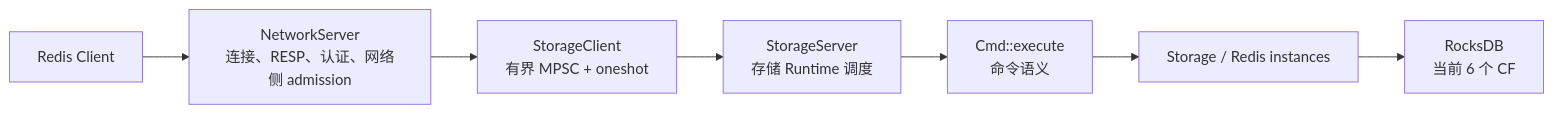
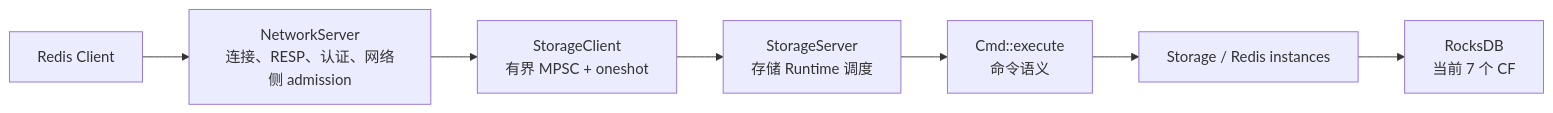
The first of 4 diagrams in .planning/SDD.md (arana-db/kiwi), drawn with Mermaid before and after one commit. The commit also changed other lines of this file and 105 other files, not shown here.

```diff
--- a/.planning/SDD.md
+++ b/.planning/SDD.md
@@ -291,17 +295,17 @@
 ~~~mermaid
 flowchart LR
     Client["Redis Client"]
     Net["NetworkServer<br/>连接、RESP、认证、网络侧 admission"]
     Channel["StorageClient<br/>有界 MPSC + oneshot"]
     StorageServer["StorageServer<br/>存储 Runtime 调度"]
     Cmd["Cmd::execute<br/>命令语义"]
     Storage["Storage / Redis instances"]
-    RocksDB["RocksDB<br/>当前 6 个 CF"]
+    RocksDB["RocksDB<br/>当前 7 个 CF"]
 
     Client --> Net
     Net --> Channel
     Channel --> StorageServer
     StorageServer --> Cmd
     Cmd --> Storage
     Storage --> RocksDB
 ~~~
```
